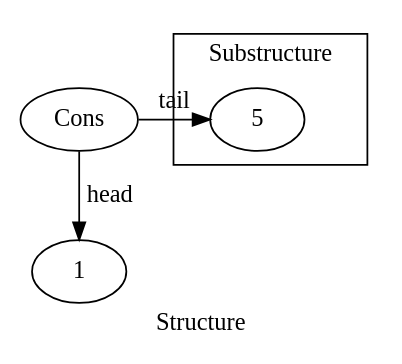
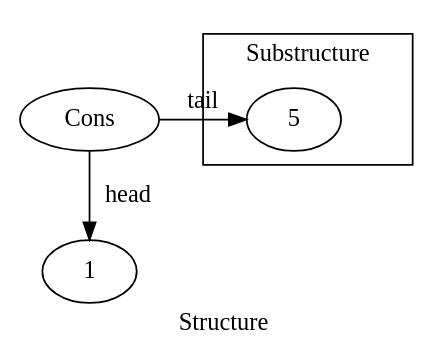
The fifth of 9 diagrams in posts/2017-03-10-matryoshka-intro.md (anatoliykmetyuk/anatoliykmetyuk.github.io_), drawn with Graphviz before and after one commit. The commit also changed other lines of this file and 1 other file, not shown here.

Commit message:
Graphviz labels fixed

````diff
--- a/posts/2017-03-10-matryoshka-intro.md
+++ b/posts/2017-03-10-matryoshka-intro.md
@@ -169,16 +169,16 @@
 ```graphviz
-digraph G { label="Structure" rankdir=TB newrank=true
+digraph G { label=" Structure " rankdir=TB newrank=true
 
-  N3 [label="Cons"]
-  L3 [label="1"]
+  N3 [label=" Cons "]
+  L3 [label=" 1 "]
 
-  subgraph cluster1 { label="Substructure" graph[style=solid]
-    N2 [label="5"]
+  subgraph cluster1 { label=" Substructure " graph[style=solid]
+    N2 [label=" 5 "]
   }
   {rank=same N2 N3}
 
-  N3 -> N2 [label="tail"]
+  N3 -> N2 [label=" tail "]
 
-  N3 -> L3 [label="head"]
+  N3 -> L3 [label=" head "]
 }
 ```
````
